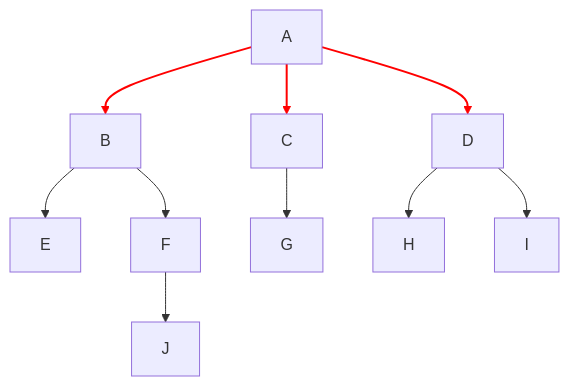
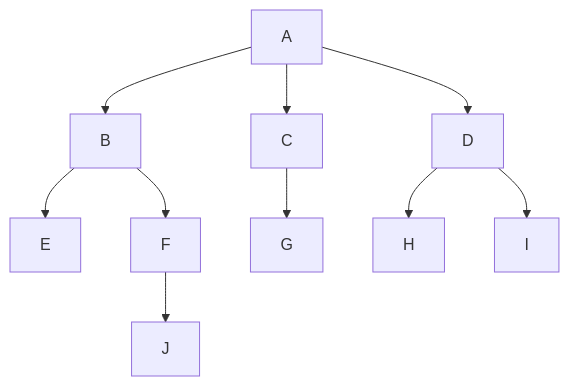
Before and after one commit to antonprafanto/dasarAI2026: the third of 12 diagrams in bab-04-pencarian.md, drawn with Mermaid. The commit also changed other lines of this file and 2 other files, not shown here.

Commit message:
Fix: Remove linkStyle commands that cause Mermaid render errors

````diff
--- a/bab-04-pencarian.md
+++ b/bab-04-pencarian.md
@@ -158,18 +158,14 @@
 ```mermaid
 graph TD
     A[A] --> B[B]
     A --> C[C]
     A --> D[D]
 
     B --> E[E]
     B --> F[F]
     C --> G[G]
     D --> H[H]
     D --> I[I]
 
     F --> J[J]
-
-    linkStyle 0 stroke:#ff0000,stroke-width:2px;
-    linkStyle 1 stroke:#ff0000,stroke-width:2px;
-    linkStyle 2 stroke:#ff0000,stroke-width:2px;
 ```
````
